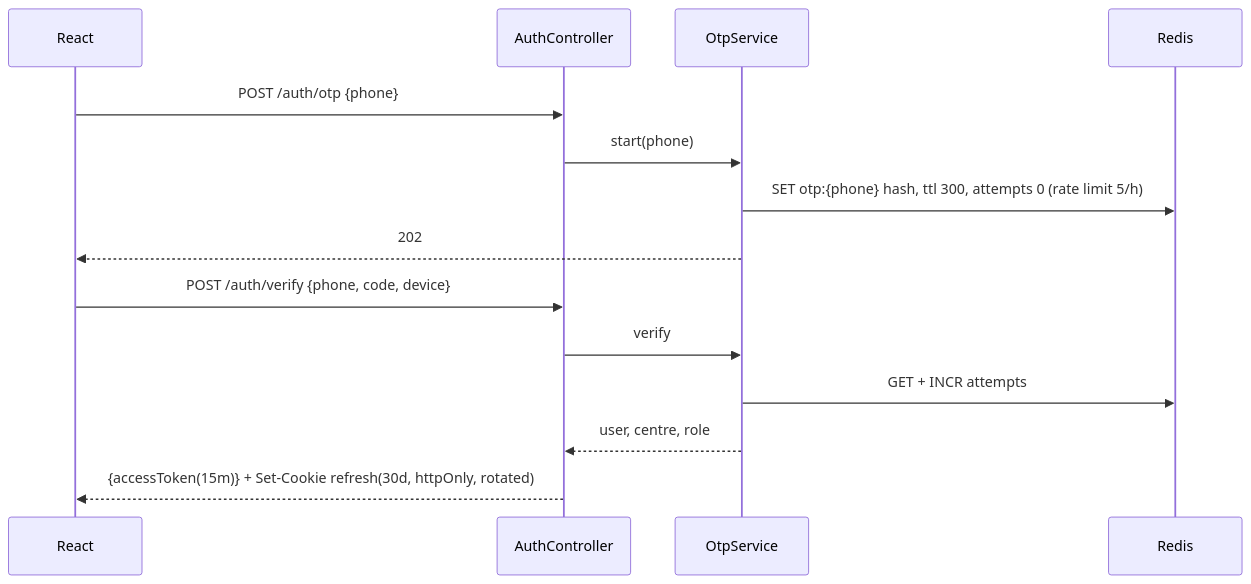
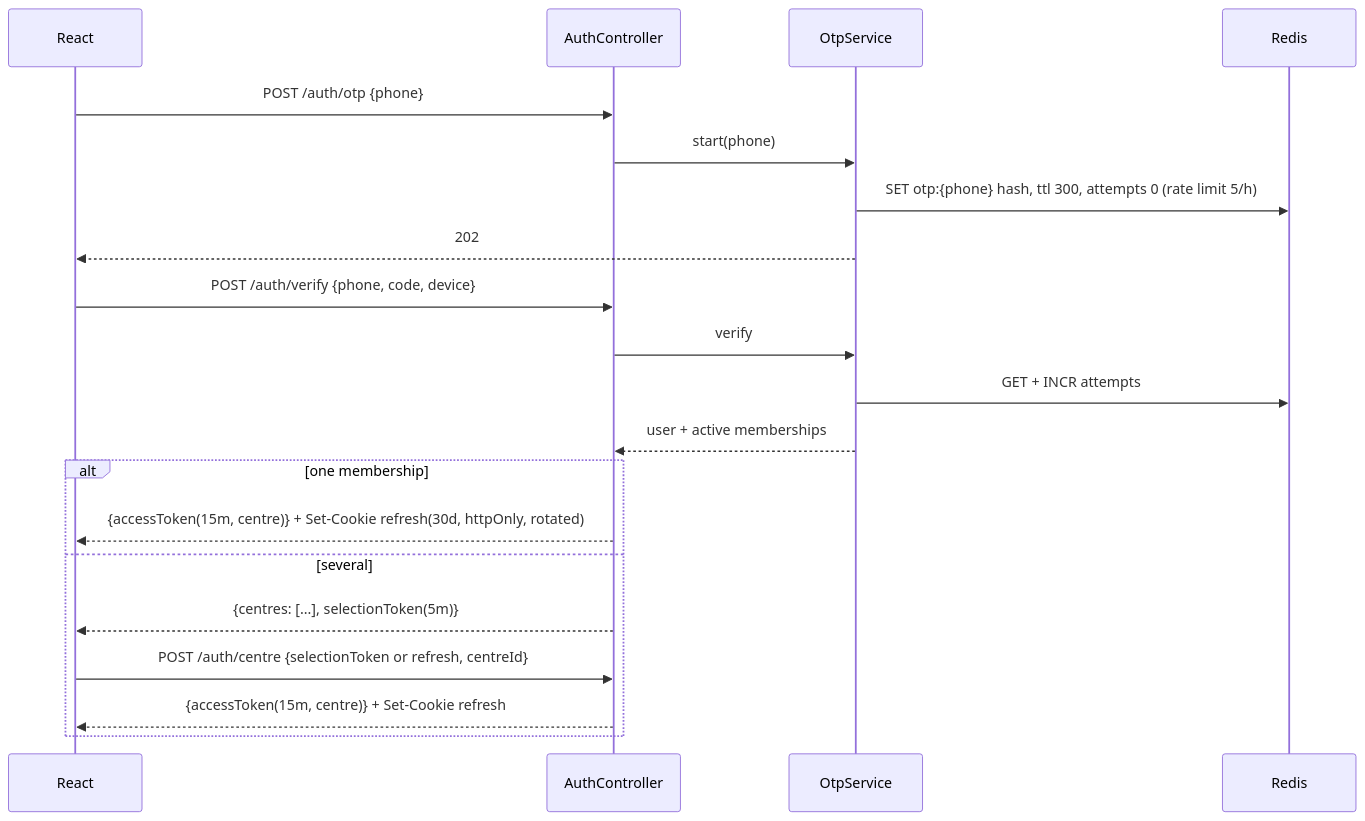
The first of 4 diagrams in docs/04-lld.md (kumarprince06/tuition-ledger), drawn with Mermaid before and after one commit. The commit also changed other lines of this file and 15 other files, not shown here.

First line of the commit message:
Split users and memberships, build tenancy before auth, settle fees to centre accounts

````diff
--- a/docs/04-lld.md
+++ b/docs/04-lld.md
@@ -39,16 +41,22 @@
 ```mermaid
 sequenceDiagram
   participant App as React
   participant Auth as AuthController
   participant S as OtpService
   participant R as Redis
   App->>Auth: POST /auth/otp {phone}
   Auth->>S: start(phone)
   S->>R: SET otp:{phone} hash, ttl 300, attempts 0 (rate limit 5/h)
   S-->>App: 202
   App->>Auth: POST /auth/verify {phone, code, device}
   Auth->>S: verify
   S->>R: GET + INCR attempts
-  S-->>Auth: user, centre, role
-  Auth-->>App: {accessToken(15m)} + Set-Cookie refresh(30d, httpOnly, rotated)
+  S-->>Auth: user + active memberships
+  alt one membership
+    Auth-->>App: {accessToken(15m, centre)} + Set-Cookie refresh(30d, httpOnly, rotated)
+  else several
+    Auth-->>App: {centres: [...], selectionToken(5m)}
+    App->>Auth: POST /auth/centre {selectionToken or refresh, centreId}
+    Auth-->>App: {accessToken(15m, centre)} + Set-Cookie refresh
+  end
 ```
````
